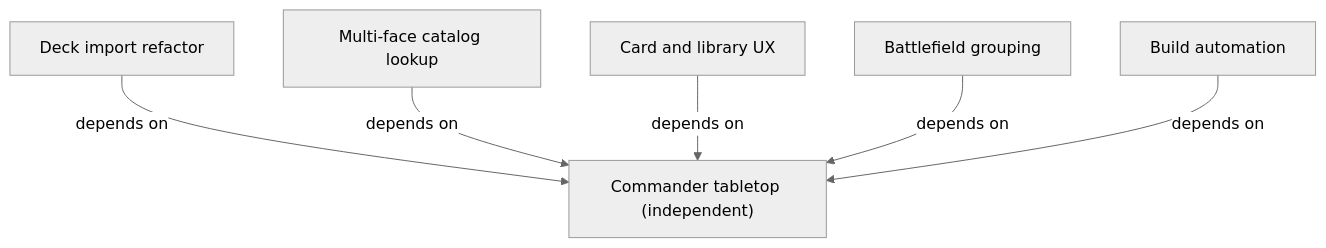
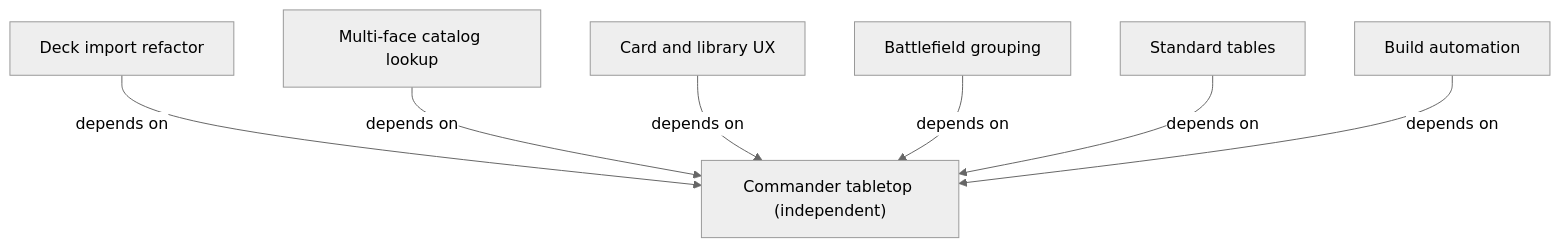
Before and after one commit to gossagomez-new/mtgcmd: the diagram in spec/INDEX.md, drawn with Mermaid (neutral theme). The commit also changed other lines of this file and 18 other files, not shown here.

````diff
--- a/spec/INDEX.md
+++ b/spec/INDEX.md
@@ -16,14 +17,16 @@
 ```mermaid
 flowchart TD
     tabletop["Commander tabletop (independent)"]
     build["Build automation"]
     imports["Deck import refactor"]
     imports -->|depends on| tabletop
     catalog["Multi-face catalog lookup"]
     catalog -->|depends on| tabletop
     ux["Card and library UX"]
     ux -->|depends on| tabletop
     grouping["Battlefield grouping"]
     grouping -->|depends on| tabletop
+    standard["Standard tables"]
+    standard -->|depends on| tabletop
     build -->|depends on| tabletop
 ```
````
